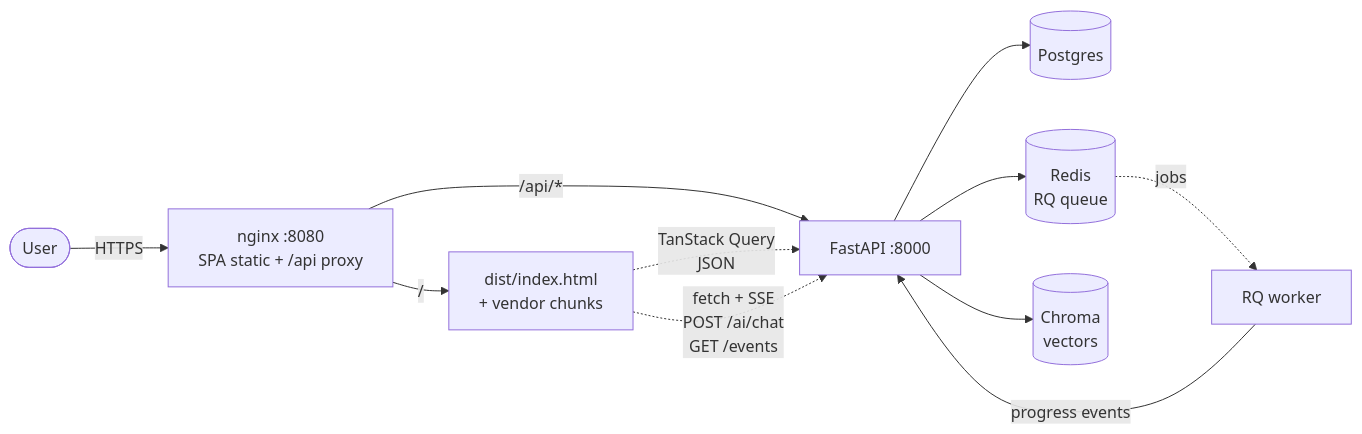
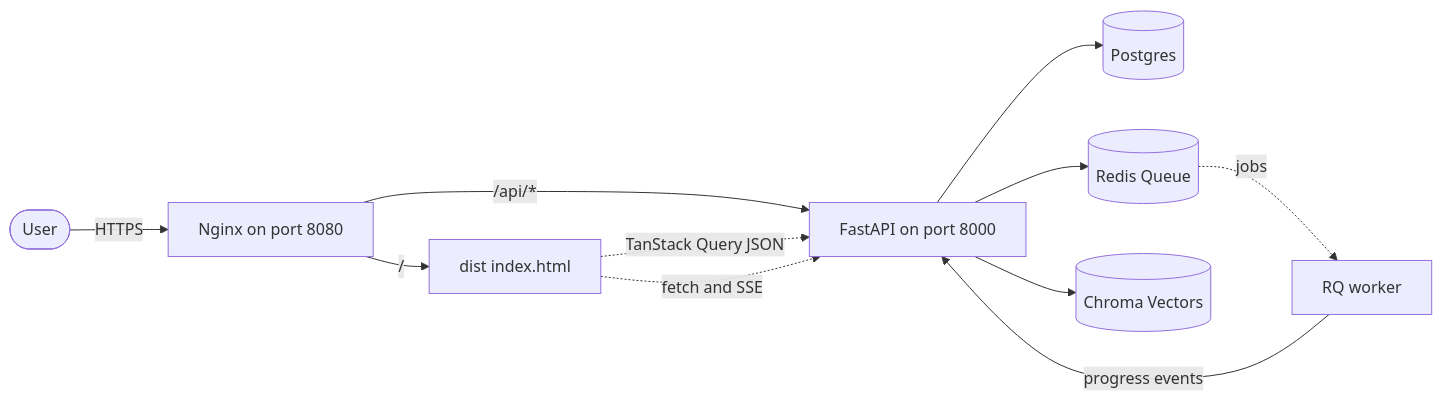
Before and after one commit to nikhil-87/CodeSensei: the diagram in docs/testing/verification/Phase-06-Frontend-Verification.md, drawn with Mermaid. The commit also changed 25 other files, not shown here.

Commit message:
docs: initialize comprehensive technical documentation, architecture diagrams, and verification guides in vault and docs directories

````diff
--- a/docs/testing/verification/Phase-06-Frontend-Verification.md
+++ b/docs/testing/verification/Phase-06-Frontend-Verification.md
@@ -104,13 +104,13 @@
 ```mermaid
 flowchart LR
-  user([User]) -->|HTTPS| nginx[nginx :8080<br/>SPA static + /api proxy]
-  nginx -->|/| dist[dist/index.html<br/>+ vendor chunks]
-  nginx -->|/api/*| backend[FastAPI :8000]
-  dist -.->|TanStack Query<br/>JSON| backend
-  dist -.->|fetch + SSE<br/>POST /ai/chat<br/>GET /events| backend
+  user([User]) -->|HTTPS| nginx[Nginx on port 8080]
+  nginx -->|/| dist[dist index.html]
+  nginx -->|/api/*| backend[FastAPI on port 8000]
+  dist -.->|TanStack Query JSON| backend
+  dist -.->|fetch and SSE| backend
   backend --> postgres[(Postgres)]
-  backend --> redis[(Redis<br/>RQ queue)]
-  backend --> chroma[(Chroma<br/>vectors)]
+  backend --> redis[(Redis Queue)]
+  backend --> chroma[(Chroma Vectors)]
   redis -.->|jobs| worker[RQ worker]
   worker -->|progress events| backend
 ```
````
